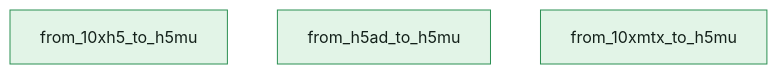
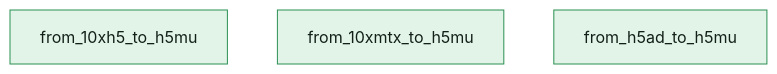
The diagram in reference/openpipeline/v4.2.0/workflows/ingestion/conversion.qmd (openpipelines-bio/openpipeline_docs), drawn with Mermaid before and after one commit. The commit also changed other lines of this file and 40 other files, not shown here.

````diff
--- a/reference/openpipeline/v4.2.0/workflows/ingestion/conversion.qmd
+++ b/reference/openpipeline/v4.2.0/workflows/ingestion/conversion.qmd
@@ -105,9 +105,9 @@
 ```{mermaid}
 flowchart TB
-    v20["from_10xh5_to_h5mu"]
-    v56["from_h5ad_to_h5mu"]
-    v92["from_10xmtx_to_h5mu"]
-    style v20 fill:#e2f4e7,stroke:#2b8f52,color:#13201a
-    style v56 fill:#e2f4e7,stroke:#2b8f52,color:#13201a
-    style v92 fill:#e2f4e7,stroke:#2b8f52,color:#13201a
+    c_convert_from_10xh5_to_h5mu["from_10xh5_to_h5mu"]
+    c_convert_from_10xmtx_to_h5mu["from_10xmtx_to_h5mu"]
+    c_convert_from_h5ad_to_h5mu["from_h5ad_to_h5mu"]
+    style c_convert_from_10xh5_to_h5mu fill:#e2f4e7,stroke:#2b8f52,color:#13201a
+    style c_convert_from_10xmtx_to_h5mu fill:#e2f4e7,stroke:#2b8f52,color:#13201a
+    style c_convert_from_h5ad_to_h5mu fill:#e2f4e7,stroke:#2b8f52,color:#13201a
 ```
````
